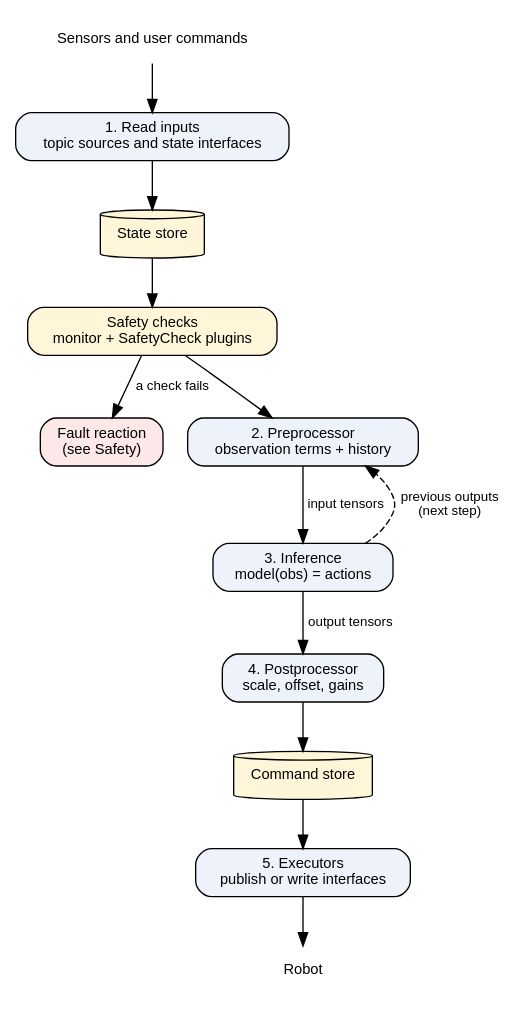
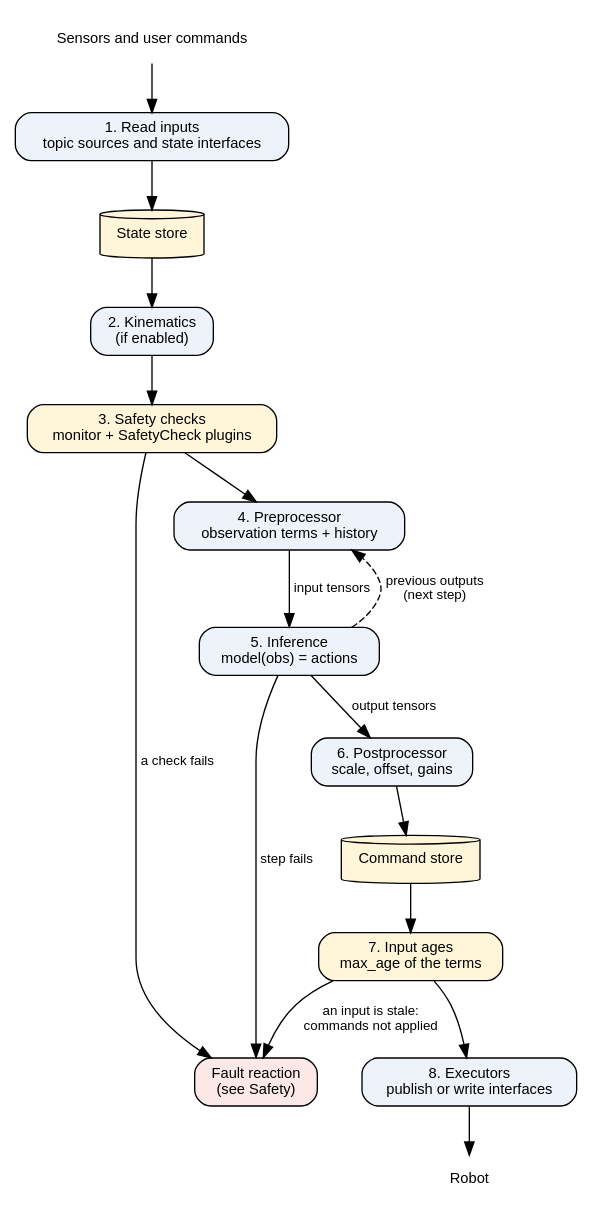
The diagram in docs/data_flow.rst (saikishor/ros2_policy_framework), drawn with Graphviz before and after one commit. The commit also changed other lines of this file and 1 other file, not shown here.

Commit message:
Show the kinematics update and the term input age check in the cycle diagrams

```diff
--- a/docs/data_flow.rst
+++ b/docs/data_flow.rst
@@ -57,26 +57,30 @@
 .. graphviz::
 
    digraph step {
      rankdir=TB;
      node [shape=box, style="rounded,filled", fillcolor="#eef3fb", fontname="Helvetica", fontsize=11];
      edge [fontname="Helvetica", fontsize=10];
 
      sensors [label="Sensors and user commands", shape=plaintext, fillcolor=none];
      read [label="1. Read inputs\ntopic sources and state interfaces"];
      state [label="State store", shape=cylinder, fillcolor="#fff6d9"];
-     safety [label="Safety checks\nmonitor + SafetyCheck plugins", fillcolor="#fff6d9"];
+     kin [label="2. Kinematics\n(if enabled)"];
+     safety [label="3. Safety checks\nmonitor + SafetyCheck plugins", fillcolor="#fff6d9"];
      fault [label="Fault reaction\n(see Safety)", fillcolor="#fde8e8"];
-     pre [label="2. Preprocessor\nobservation terms + history"];
-     inf [label="3. Inference\nmodel(obs) = actions"];
-     post [label="4. Postprocessor\nscale, offset, gains"];
+     pre [label="4. Preprocessor\nobservation terms + history"];
+     inf [label="5. Inference\nmodel(obs) = actions"];
+     post [label="6. Postprocessor\nscale, offset, gains"];
      commands [label="Command store", shape=cylinder, fillcolor="#fff6d9"];
-     exec [label="5. Executors\npublish or write interfaces"];
+     ages [label="7. Input ages\nmax_age of the terms", fillcolor="#fff6d9"];
+     exec [label="8. Executors\npublish or write interfaces"];
      robot [label="Robot", shape=plaintext, fillcolor=none];
 
-     sensors -> read -> state -> safety -> pre;
+     sensors -> read -> state -> kin -> safety -> pre;
      safety -> fault [label="a check fails"];
      pre -> inf [label="input tensors"];
      inf -> post [label="output tensors"];
-     post -> commands -> exec -> robot;
+     inf -> fault [label="step fails"];
+     post -> commands -> ages -> exec -> robot;
+     ages -> fault [label="an input is stale:\ncommands not applied"];
      inf -> pre [label="previous outputs\n(next step)", style=dashed, constraint=false];
    }
```
